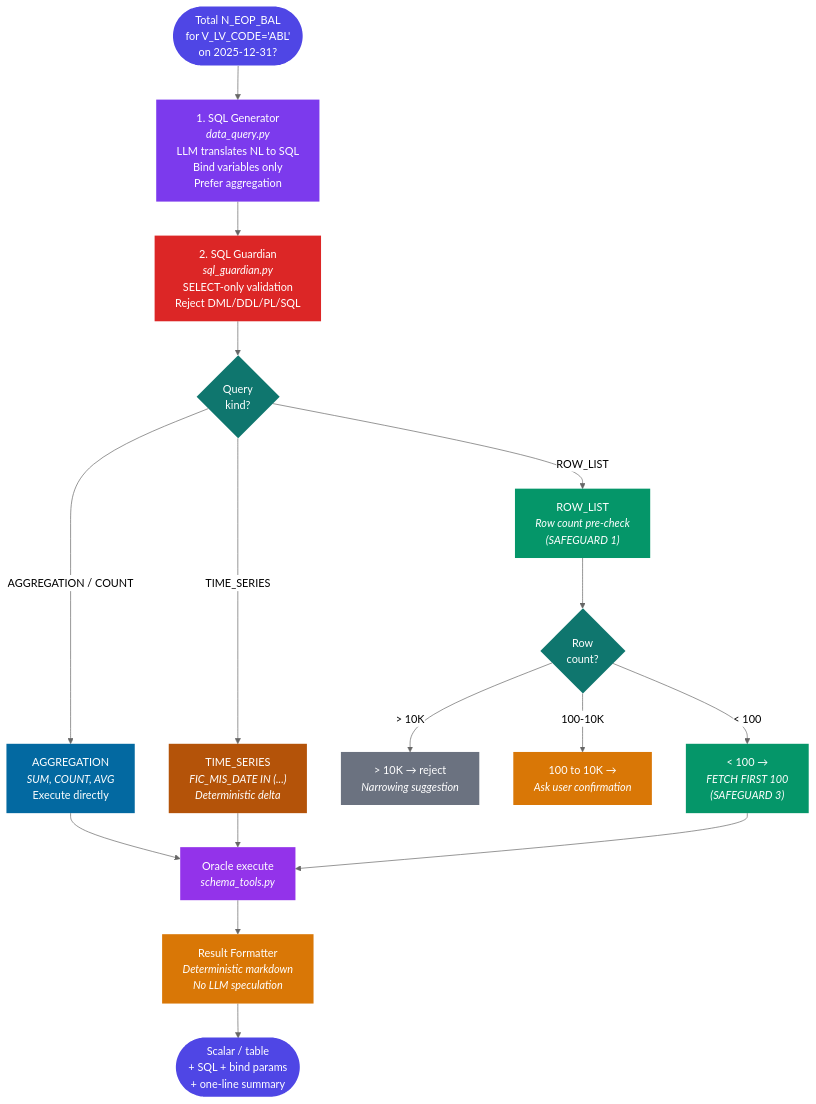
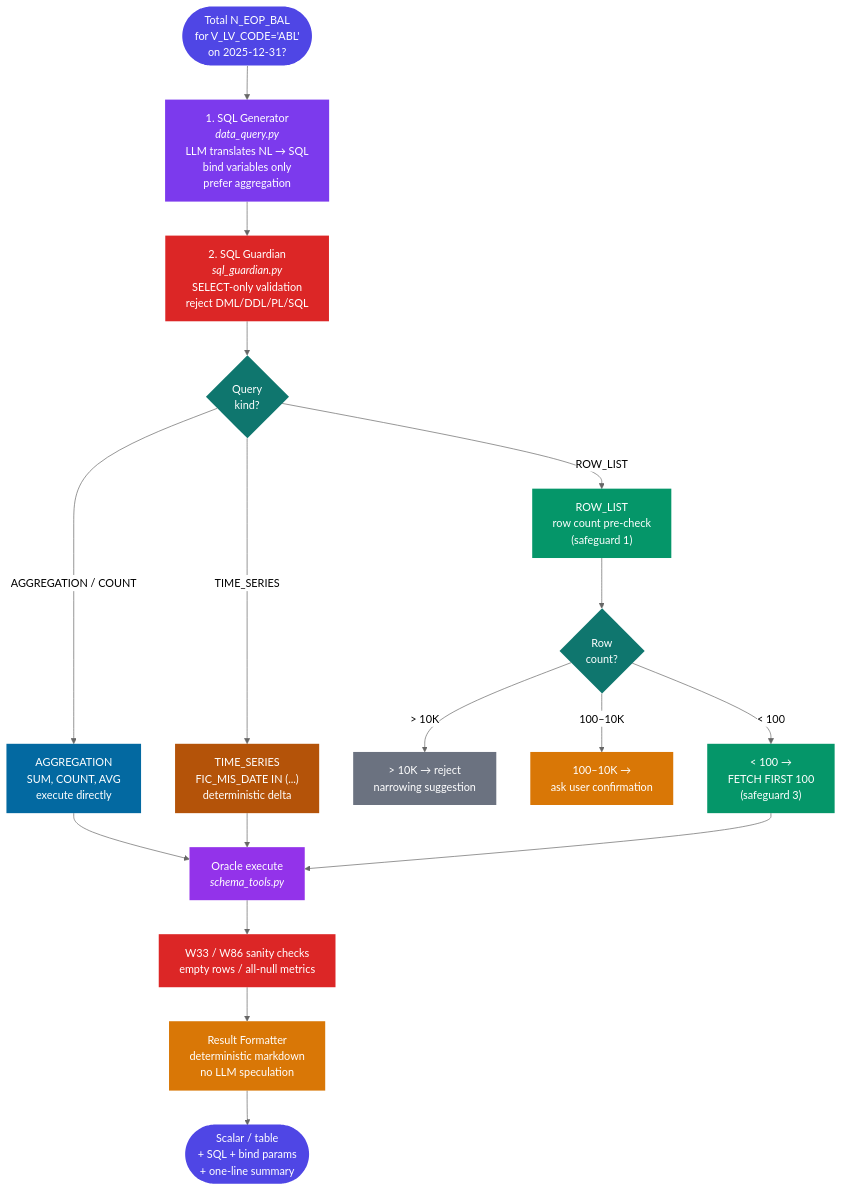
Before and after one commit to OsamaAdeel/R-TIE: the eighth of 9 diagrams in README.md, drawn with Mermaid (neutral theme). The commit also changed other lines of this file, not shown here.

````diff
--- a/README.md
+++ b/README.md
@@ -518,49 +659,52 @@
 ```mermaid
 flowchart TD
     Q(["Total N_EOP_BAL<br/>for V_LV_CODE='ABL'<br/>on 2025-12-31?"])
 
-    S1["1. SQL Generator<br/><i>data_query.py</i><br/>LLM translates NL to SQL<br/>Bind variables only<br/>Prefer aggregation"]
+    S1["1. SQL Generator<br/><i>data_query.py</i><br/>LLM translates NL → SQL<br/>bind variables only<br/>prefer aggregation"]
 
-    S2["2. SQL Guardian<br/><i>sql_guardian.py</i><br/>SELECT-only validation<br/>Reject DML/DDL/PL/SQL"]
+    S2["2. SQL Guardian<br/><i>sql_guardian.py</i><br/>SELECT-only validation<br/>reject DML/DDL/PL/SQL"]
 
     S3{"Query<br/>kind?"}
 
-    S4A["AGGREGATION<br/><i>SUM, COUNT, AVG</i><br/>Execute directly"]
-    S4B["ROW_LIST<br/><i>Row count pre-check<br/>(SAFEGUARD 1)</i>"]
-    S4C["TIME_SERIES<br/><i>FIC_MIS_DATE IN (...)<br/>Deterministic delta</i>"]
+    S4A["AGGREGATION<br/>SUM, COUNT, AVG<br/>execute directly"]
+    S4B["ROW_LIST<br/>row count pre-check<br/>(safeguard 1)"]
+    S4C["TIME_SERIES<br/>FIC_MIS_DATE IN (...)<br/>deterministic delta"]
 
     RCC{"Row<br/>count?"}
-    R1["> 10K → reject<br/><i>Narrowing suggestion</i>"]
-    R2["100 to 10K →<br/><i>Ask user confirmation</i>"]
-    R3["< 100 →<br/><i>FETCH FIRST 100<br/>(SAFEGUARD 3)</i>"]
+    R1["&gt; 10K → reject<br/>narrowing suggestion"]
+    R2["100–10K →<br/>ask user confirmation"]
+    R3["&lt; 100 →<br/>FETCH FIRST 100<br/>(safeguard 3)"]
 
     EX["Oracle execute<br/><i>schema_tools.py</i>"]
 
-    F["Result Formatter<br/><i>Deterministic markdown<br/>No LLM speculation</i>"]
+    SAN["W33 / W86 sanity checks<br/>empty rows / all-null metrics"]
+
+    F["Result Formatter<br/>deterministic markdown<br/>no LLM speculation"]
 
     OUT(["Scalar / table<br/>+ SQL + bind params<br/>+ one-line summary"])
 
     Q --> S1 --> S2 --> S3
     S3 -- "AGGREGATION / COUNT" --> S4A --> EX
     S3 -- "ROW_LIST" --> S4B --> RCC
     S3 -- "TIME_SERIES" --> S4C --> EX
-    RCC -- "> 10K" --> R1
-    RCC -- "100-10K" --> R2
-    RCC -- "< 100" --> R3 --> EX
-    EX --> F --> OUT
+    RCC -- "&gt; 10K" --> R1
+    RCC -- "100–10K" --> R2
+    RCC -- "&lt; 100" --> R3 --> EX
+    EX --> SAN --> F --> OUT
 
     style Q fill:#4f46e5,color:#fff,stroke:none
     style S1 fill:#7c3aed,color:#fff,stroke:none
     style S2 fill:#dc2626,color:#fff,stroke:none
     style S3 fill:#0f766e,color:#fff,stroke:none
     style S4A fill:#0369a1,color:#fff,stroke:none
     style S4B fill:#059669,color:#fff,stroke:none
     style S4C fill:#b45309,color:#fff,stroke:none
     style RCC fill:#0f766e,color:#fff,stroke:none
     style R1 fill:#6b7280,color:#fff,stroke:none
     style R2 fill:#d97706,color:#fff,stroke:none
     style R3 fill:#059669,color:#fff,stroke:none
     style EX fill:#9333ea,color:#fff,stroke:none
+    style SAN fill:#dc2626,color:#fff,stroke:none
     style F fill:#d97706,color:#fff,stroke:none
     style OUT fill:#4f46e5,color:#fff,stroke:none
 ```
````
